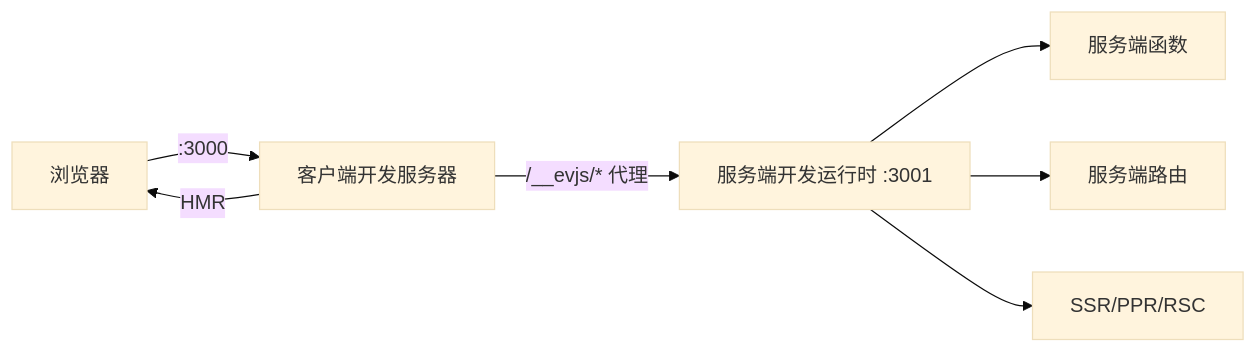
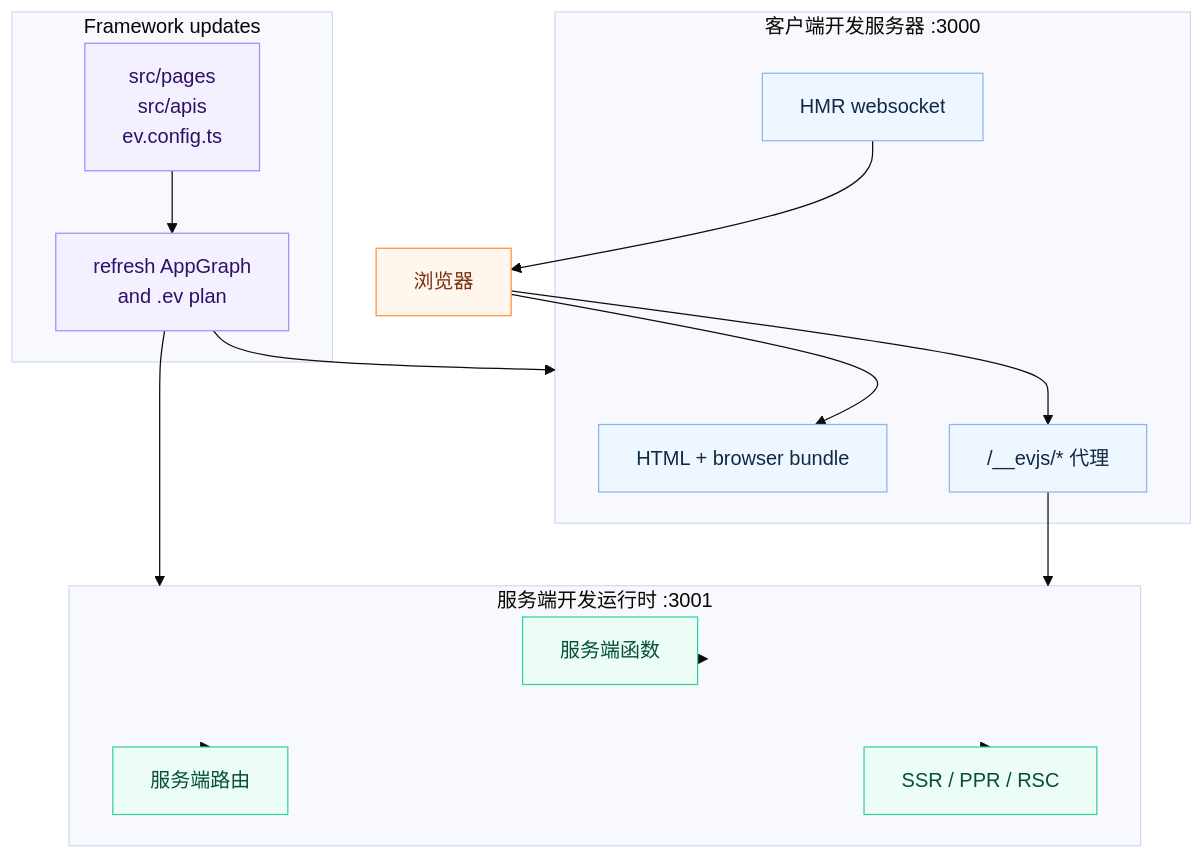
One commit to binhanchen25-arch/evjs changed the diagram in docs/i18n/zh-Hans/docusaurus-plugin-content-docs/current/dev.md. Above: the diagram before and after it, drawn with Mermaid (base theme). The commit also changed 9 other files, not shown here.

Commit message:
docs(ev): improve architecture diagrams

````diff
--- a/docs/i18n/zh-Hans/docusaurus-plugin-content-docs/current/dev.md
+++ b/docs/i18n/zh-Hans/docusaurus-plugin-content-docs/current/dev.md
@@ -26,9 +26,40 @@
 ```mermaid
-flowchart LR
-    Browser["浏览器"] -->|":3000"| Client["客户端开发服务器"]
-    Client -->|"HMR"| Browser
-    Client -->|"/__evjs/* 代理"| Server["服务端开发运行时 :3001"]
-    Server --> Functions["服务端函数"]
-    Server --> Routes["服务端路由"]
-    Server --> Rendering["SSR/PPR/RSC"]
+flowchart TB
+  Browser["浏览器"]
+
+  subgraph ClientSide["客户端开发服务器 :3000"]
+    HTML["HTML + browser bundle"]
+    HMR["HMR websocket"]
+    Proxy["/__evjs/* 代理"]
+  end
+
+  subgraph ServerSide["服务端开发运行时 :3001"]
+    Functions["服务端函数"]
+    Routes["服务端路由"]
+    Rendering["SSR / PPR / RSC"]
+  end
+
+  subgraph Updates["Framework updates"]
+    Files["src/pages\nsrc/apis\nev.config.ts"]
+    Plan["refresh AppGraph\nand .ev plan"]
+  end
+
+  Browser --> HTML
+  HMR --> Browser
+  Browser --> Proxy --> ServerSide
+  ServerSide --> Functions
+  ServerSide --> Routes
+  ServerSide --> Rendering
+  Files --> Plan
+  Plan --> ClientSide
+  Plan --> ServerSide
+
+  classDef browser fill:#fff7ed,stroke:#fb923c,color:#7c2d12;
+  classDef client fill:#eef6ff,stroke:#8fb5e8,color:#102a43;
+  classDef server fill:#ecfdf5,stroke:#34d399,color:#064e3b;
+  classDef update fill:#f3f0ff,stroke:#a78bfa,color:#2e1065;
+  class Browser browser;
+  class HTML,HMR,Proxy client;
+  class Functions,Routes,Rendering server;
+  class Files,Plan update;
 ```
````
